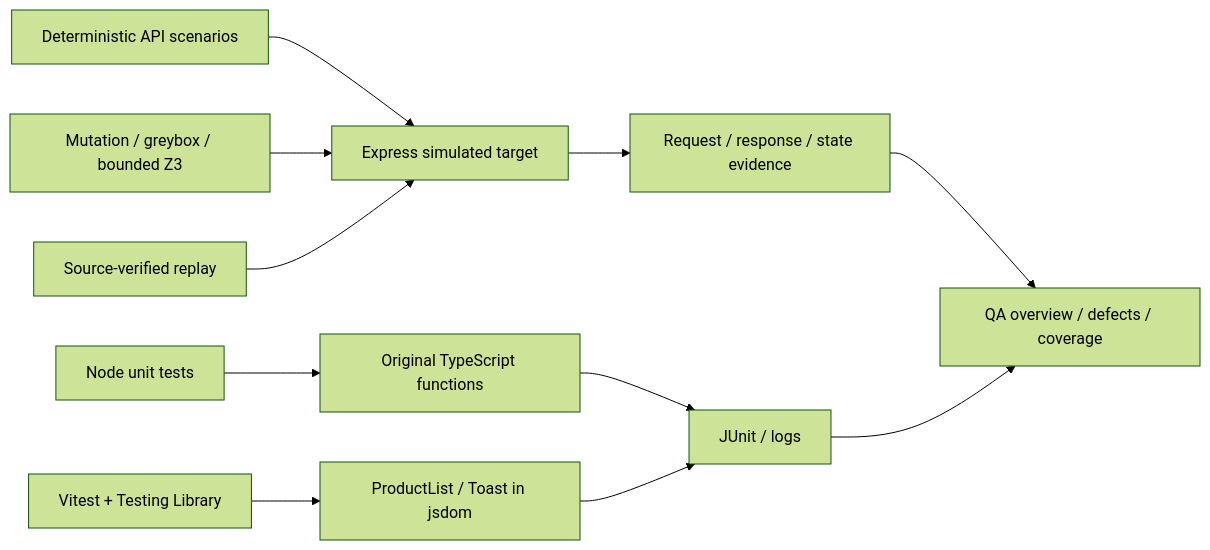
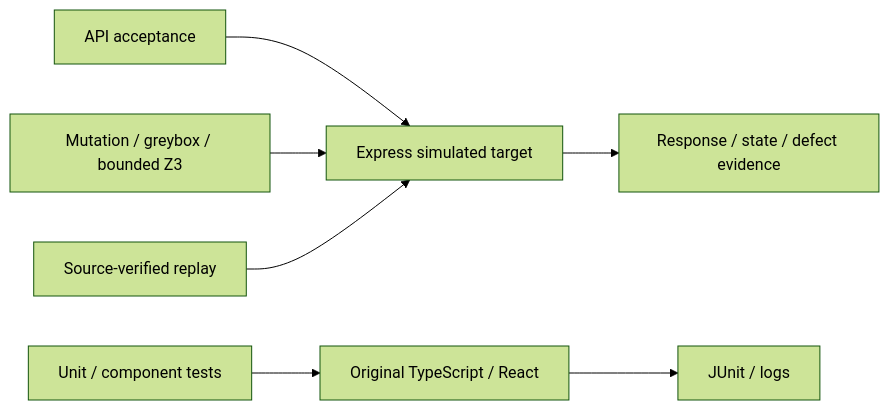
The diagram in README.md (htrsng/Virtual-Try-On), drawn with Mermaid (forest theme) before and after one commit. The commit also changed other lines of this file, not shown here.

````diff
--- a/README.md
+++ b/README.md
@@ -46,13 +54,9 @@
 ```mermaid
 flowchart LR
-  API[Deterministic API scenarios] --> Target[Express simulated target]
+  API[API acceptance] --> Target[Express simulated target]
   Fuzz[Mutation / greybox / bounded Z3] --> Target
   Replay[Source-verified replay] --> Target
-  Target --> Evidence[Request / response / state evidence]
-  Unit[Node unit tests] --> Logic[Original TypeScript functions]
-  Component[Vitest + Testing Library] --> UI[ProductList / Toast in jsdom]
-  Logic --> Reports[JUnit / logs]
-  UI --> Reports
-  Evidence --> QA[QA overview / defects / coverage]
-  Reports --> QA
+  Target --> Evidence[Response / state / defect evidence]
+  Tests[Unit / component tests] --> Source[Original TypeScript / React]
+  Source --> Reports[JUnit / logs]
 ```
````
